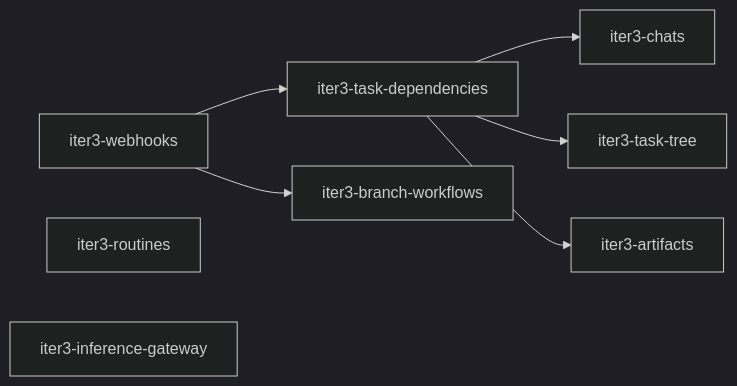
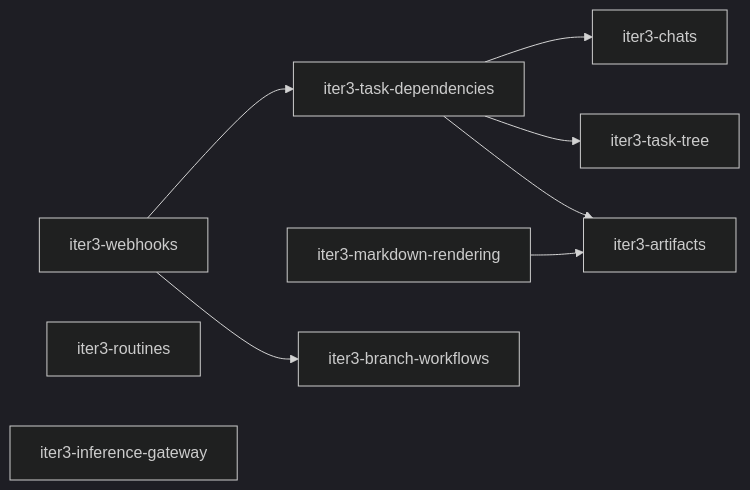
Before and after one commit to prskr/dark-factory: the diagram in product/iterations/iteration-3.md, drawn with Mermaid (dark theme). The commit also changed other lines of this file and 14 other files, not shown here.

First line of the commit message:
docs(openspec): propose iter3-markdown-rendering

````diff
--- a/product/iterations/iteration-3.md
+++ b/product/iterations/iteration-3.md
@@ -34,10 +34,11 @@
 ```mermaid
 flowchart LR
   WH[iter3-webhooks] --> TD[iter3-task-dependencies]
   TD --> CH[iter3-chats]
   TD --> TT[iter3-task-tree]
   TD --> AR[iter3-artifacts]
+  MR[iter3-markdown-rendering] --> AR
   WH --> BW[iter3-branch-workflows]
   RO[iter3-routines]
   IG[iter3-inference-gateway]
 ```
````
